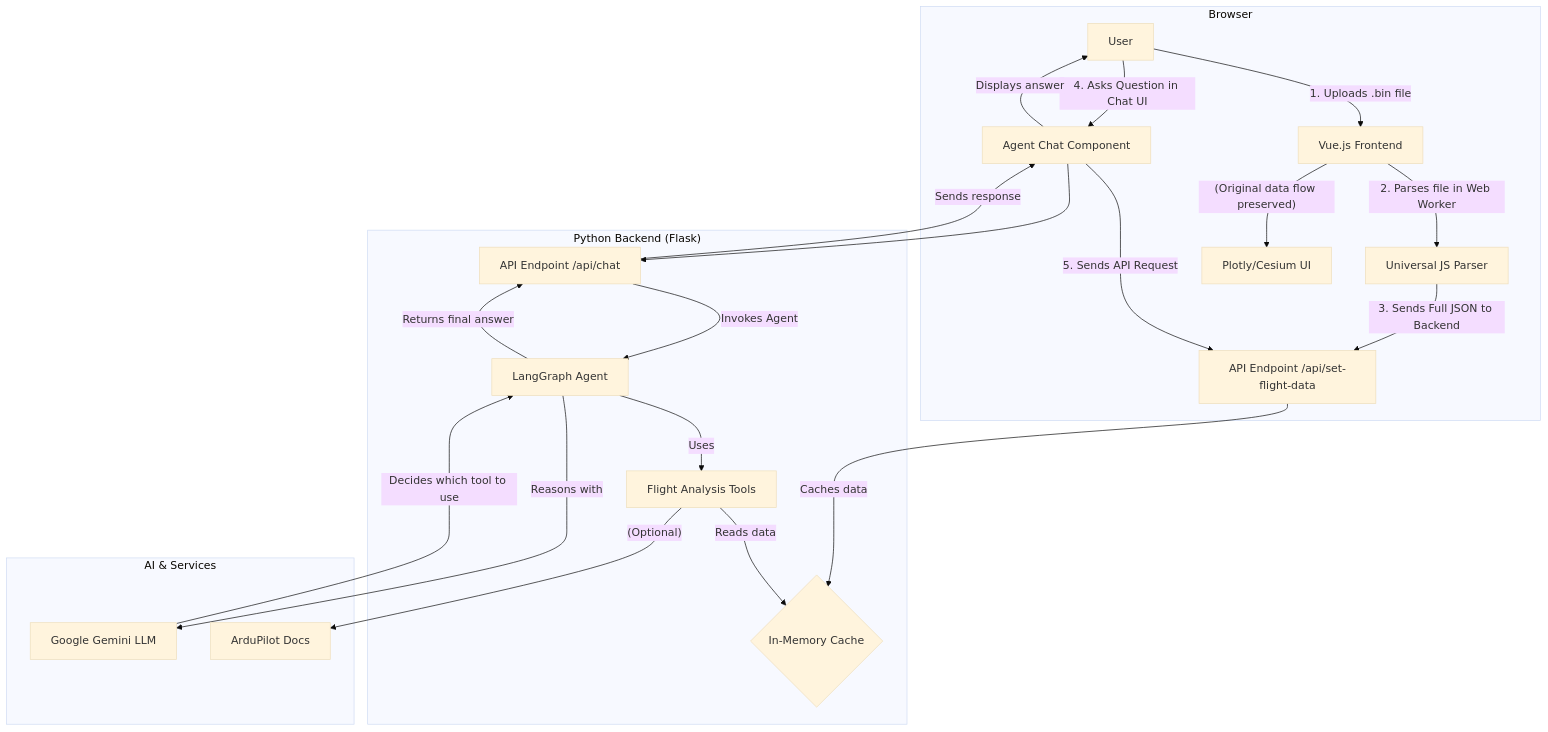
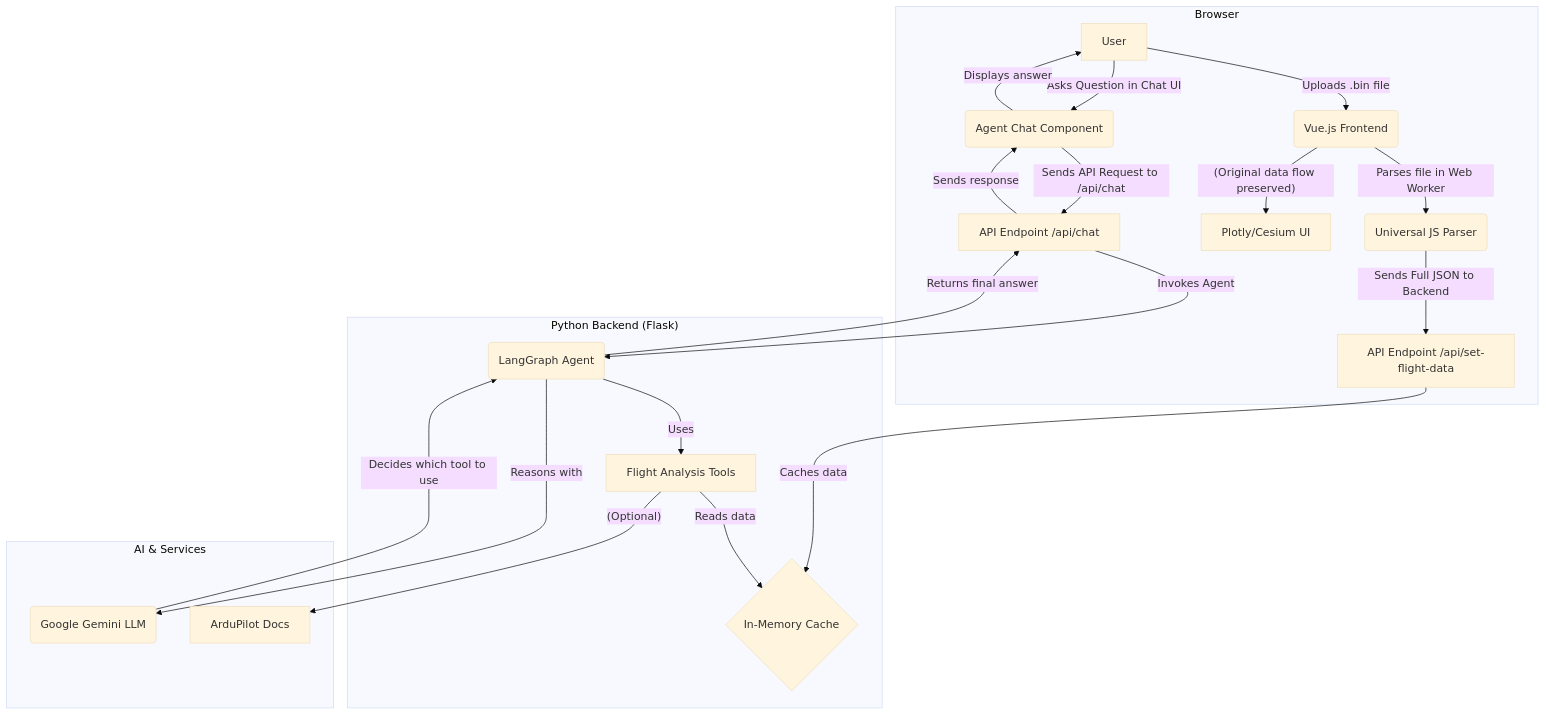
The diagram in README.md (ashutoshm97/UAVLogViewer), drawn with Mermaid (base theme) before and after one commit. The commit also changed other lines of this file, not shown here.

````diff
--- a/README.md
+++ b/README.md
@@ -29,31 +29,30 @@
 ```mermaid
 graph TD
     subgraph Browser
-        A[User] -- 1. Uploads .bin file --> B[Vue.js Frontend]
-        B -- 2. Parses file in Web Worker --> C[Universal JS Parser]
-        C -- 3. Sends Full JSON to Backend --> D
-        B -- (Original data flow preserved) --> E[Plotly/Cesium UI]
-        A -- 4. Asks Question in Chat UI --> F[Agent Chat Component]
-        F -- 5. Sends API Request --> D
+        A[User] -- "Uploads .bin file" --> B(Vue.js Frontend);
+        B -- "Parses file in Web Worker" --> C(Universal JS Parser);
+        C -- "Sends Full JSON to Backend" --> D;
+        B -- "(Original data flow preserved)" --> E[Plotly/Cesium UI];
+        A -- "Asks Question in Chat UI" --> F(Agent Chat Component);
+        F -- "Sends API Request to /api/chat" --> G;
     end
-
+    
     subgraph "Python Backend (Flask)"
-        D[API Endpoint /api/set-flight-data]
-        G[API Endpoint /api/chat]
-        D -- Caches data --> H{In-Memory Cache}
-        F --> G
-        G -- Invokes Agent --> I[LangGraph Agent]
-        I -- Uses --> J[Flight Analysis Tools]
-        J -- Reads data --> H
+        D[API Endpoint /api/set-flight-data];
+        G[API Endpoint /api/chat];
+        D -- "Caches data" --> H{In-Memory Cache};
+        G -- "Invokes Agent" --> I(LangGraph Agent);
+        I -- "Uses" --> J[Flight Analysis Tools];
+        J -- "Reads data" --> H;
     end
 
     subgraph "AI & Services"
-        I -- Reasons with --> K[Google Gemini LLM]
-        J -- (Optional) --> L[ArduPilot Docs]
+        I -- "Reasons with" --> K(Google Gemini LLM);
+        J -- "(Optional)" --> L[ArduPilot Docs];
     end
 
-    K -- Decides which tool to use --> I
-    I -- Returns final answer --> G
-    G -- Sends response --> F
-    F -- Displays answer --> A
+    K -- "Decides which tool to use" --> I;
+    I -- "Returns final answer" --> G;
+    G -- "Sends response" --> F;
+    F -- "Displays answer" --> A;
 ```
````
